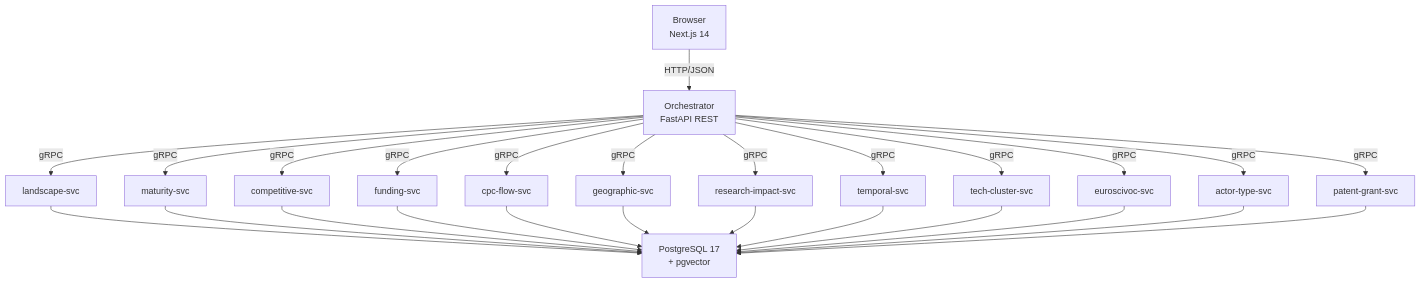
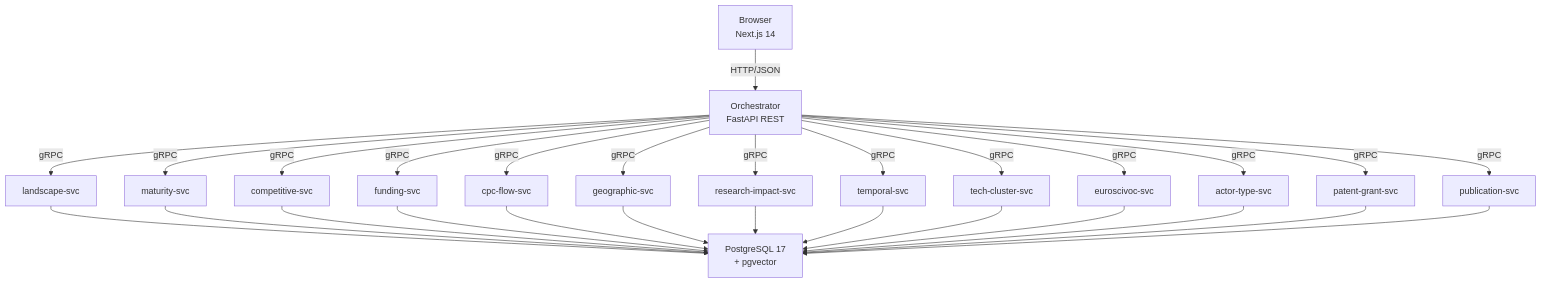
Before and after one commit to KingdaKilla/TI-Radarv3.0: the diagram in README.md, drawn with Mermaid. The commit also changed other lines of this file and 189 other files, not shown here.

````diff
--- a/README.md
+++ b/README.md
@@ -9,34 +11,36 @@
 ```mermaid
 graph TD
     Browser["Browser<br/>Next.js 14"]
     Orchestrator["Orchestrator<br/>FastAPI REST"]
     DB["PostgreSQL 17<br/>+ pgvector"]
 
     Browser -->|HTTP/JSON| Orchestrator
 
     Orchestrator -->|gRPC| UC1[landscape-svc]
     Orchestrator -->|gRPC| UC2[maturity-svc]
     Orchestrator -->|gRPC| UC3[competitive-svc]
     Orchestrator -->|gRPC| UC4[funding-svc]
     Orchestrator -->|gRPC| UC5[cpc-flow-svc]
     Orchestrator -->|gRPC| UC6[geographic-svc]
     Orchestrator -->|gRPC| UC7[research-impact-svc]
     Orchestrator -->|gRPC| UC8[temporal-svc]
     Orchestrator -->|gRPC| UC9[tech-cluster-svc]
     Orchestrator -->|gRPC| UC10[euroscivoc-svc]
     Orchestrator -->|gRPC| UC11[actor-type-svc]
     Orchestrator -->|gRPC| UC12[patent-grant-svc]
+    Orchestrator -->|gRPC| UC13[publication-svc]
 
     UC1 --> DB
     UC2 --> DB
     UC3 --> DB
     UC4 --> DB
     UC5 --> DB
     UC6 --> DB
     UC7 --> DB
     UC8 --> DB
     UC9 --> DB
     UC10 --> DB
     UC11 --> DB
     UC12 --> DB
+    UC13 --> DB
 ```
````
